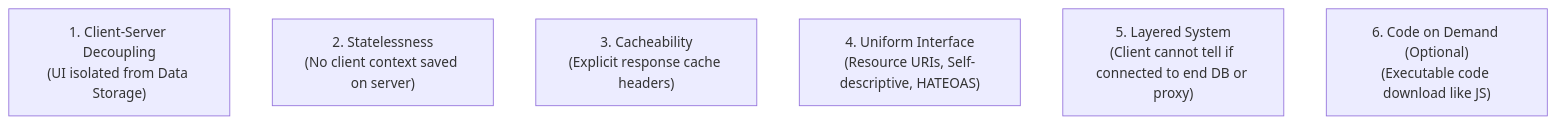
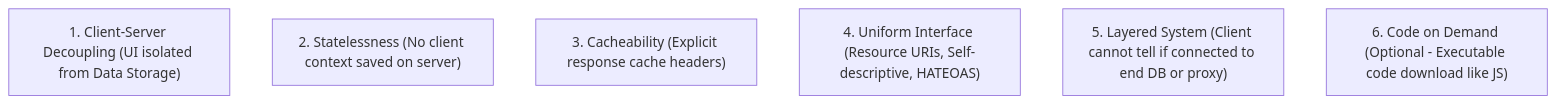
One commit to DeepLumiere/DeepSkills changed the seventh of 7 diagrams in notes/web_development/Unit_01_Full_Stack_Basics.md. Above: the diagram before and after it, drawn with Mermaid. The commit also changed other lines of this file and 56 other files, not shown here.

````diff
--- a/notes/web_development/Unit_01_Full_Stack_Basics.md
+++ b/notes/web_development/Unit_01_Full_Stack_Basics.md
@@ -1604,17 +1598,17 @@
 ```mermaid
 
 flowchart TD
 
-    C1["1. Client-Server Decoupling<br>(UI isolated from Data Storage)"]
+    C1["1. Client-Server Decoupling (UI isolated from Data Storage)"]
 
-    C2["2. Statelessness<br>(No client context saved on server)"]
+    C2["2. Statelessness (No client context saved on server)"]
 
-    C3["3. Cacheability<br>(Explicit response cache headers)"]
+    C3["3. Cacheability (Explicit response cache headers)"]
 
-    C4["4. Uniform Interface<br>(Resource URIs, Self-descriptive, HATEOAS)"]
+    C4["4. Uniform Interface (Resource URIs, Self-descriptive, HATEOAS)"]
 
-    C5["5. Layered System<br>(Client cannot tell if connected to end DB or proxy)"]
+    C5["5. Layered System (Client cannot tell if connected to end DB or proxy)"]
 
-    C6["6. Code on Demand (Optional)<br>(Executable code download like JS)"]
+    C6["6. Code on Demand (Optional - Executable code download like JS)"]
 
 ```
````
